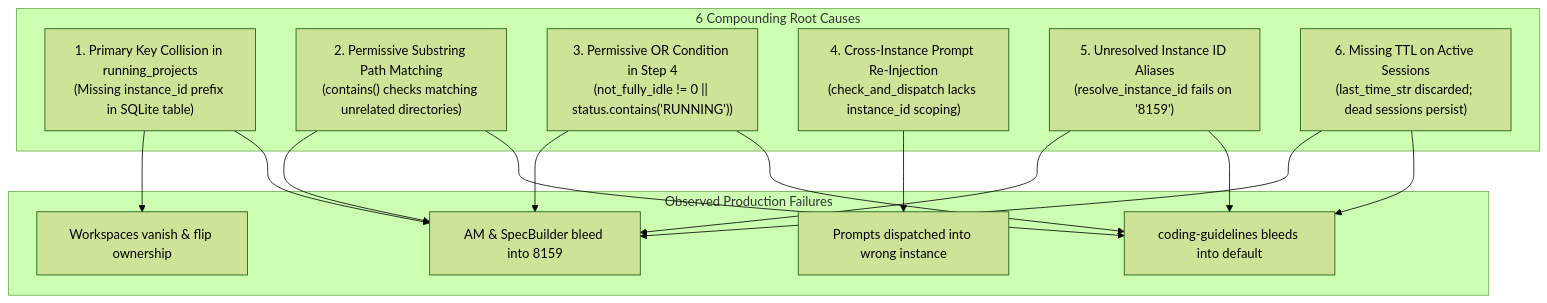
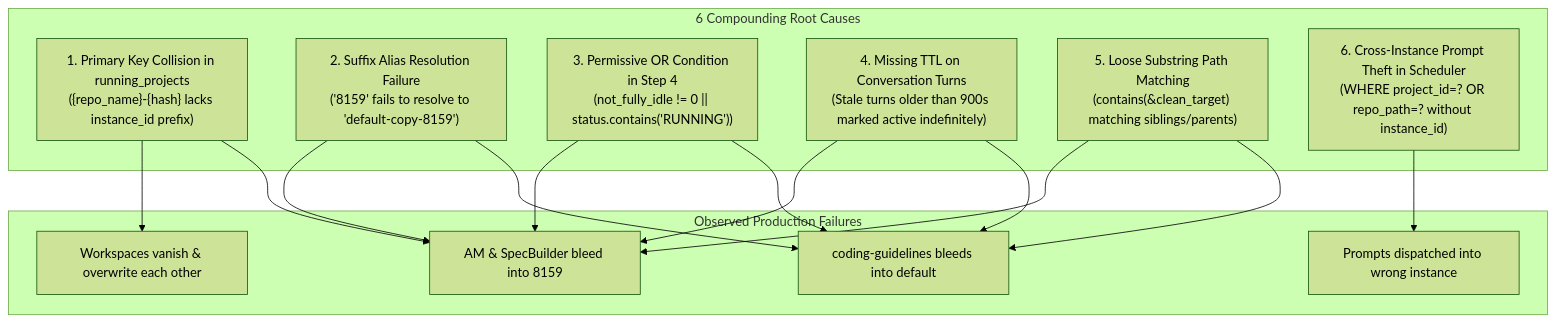
Before and after one commit to alimtvnetwork/Antigravity-Manager: the diagram in 02-spec/21-app/121-cross-instance-prompt-running-audit-and-fix/03-root-cause-analysis.md, drawn with Mermaid (forest theme). The commit also changed other lines of this file and 18 other files, not shown here.

````diff
--- a/02-spec/21-app/121-cross-instance-prompt-running-audit-and-fix/03-root-cause-analysis.md
+++ b/02-spec/21-app/121-cross-instance-prompt-running-audit-and-fix/03-root-cause-analysis.md
@@ -37,30 +55,30 @@
 ```mermaid
 flowchart TD
     subgraph DefectSources["6 Compounding Root Causes"]
-        RC1["1. Primary Key Collision in running_projects\n(Missing instance_id prefix in SQLite table)"]
-        RC2["2. Permissive Substring Path Matching\n(contains() checks matching unrelated directories)"]
+        RC1["1. Primary Key Collision in running_projects\n({repo_name}-{hash} lacks instance_id prefix)"]
+        RC2["2. Suffix Alias Resolution Failure\n('8159' fails to resolve to 'default-copy-8159')"]
         RC3["3. Permissive OR Condition in Step 4\n(not_fully_idle != 0 || status.contains('RUNNING'))"]
-        RC4["4. Cross-Instance Prompt Re-Injection\n(check_and_dispatch lacks instance_id scoping)"]
-        RC5["5. Unresolved Instance ID Aliases\n(resolve_instance_id fails on '8159')"]
-        RC6["6. Missing TTL on Active Sessions\n(last_time_str discarded; dead sessions persist)"]
+        RC4["4. Missing TTL on Conversation Turns\n(Stale turns older than 900s marked active indefinitely)"]
+        RC5["5. Loose Substring Path Matching\n(contains(&clean_target) matching siblings/parents)"]
+        RC6["6. Cross-Instance Prompt Theft in Scheduler\n(WHERE project_id=? OR repo_path=? without instance_id)"]
     end
 
     subgraph FailureSymptoms["Observed Production Failures"]
         FS1["AM & SpecBuilder bleed into 8159"]
         FS2["coding-guidelines bleeds into default"]
         FS3["Prompts dispatched into wrong instance"]
-        FS4["Workspaces vanish & flip ownership"]
+        FS4["Workspaces vanish & overwrite each other"]
     end
 
     RC1 --> FS4
     RC1 --> FS1
     RC2 --> FS1
     RC2 --> FS2
     RC3 --> FS1
     RC3 --> FS2
-    RC4 --> FS3
+    RC4 --> FS1
+    RC4 --> FS2
     RC5 --> FS1
     RC5 --> FS2
-    RC6 --> FS1
-    RC6 --> FS2
+    RC6 --> FS3
 ```
````
